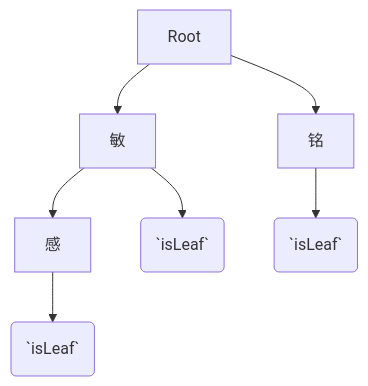
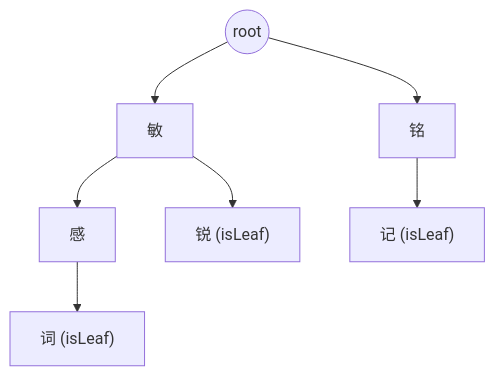
The first of 2 diagrams in docs/dfa-code.md (zmexing/go-sensitive-word), drawn with Mermaid before and after one commit. The commit also changed other lines of this file, not shown here.

````diff
--- a/docs/dfa-code.md
+++ b/docs/dfa-code.md
@@ -41,9 +41,10 @@
 ```mermaid
 graph TD
-  Root --> 敏
-  敏 --> 感
-  感 --> 词(`isLeaf`)
-  敏 --> 锐(`isLeaf`)
-  Root --> 铭
-  铭 --> 记(`isLeaf`)
+    Root((root))
+    Root --> 敏["敏"]
+    Root --> 铭["铭"]
+    敏 --> 感["感"]
+    感 --> 词["词 (isLeaf)"]
+    敏 --> 锐["锐 (isLeaf)"]
+    铭 --> 记["记 (isLeaf)"]
 ```
````
